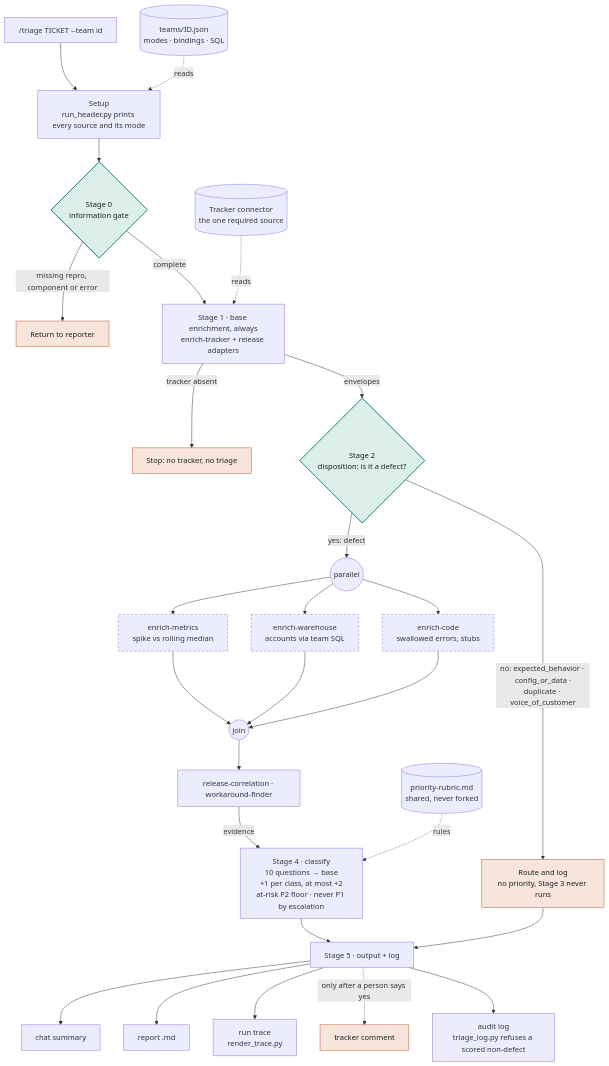
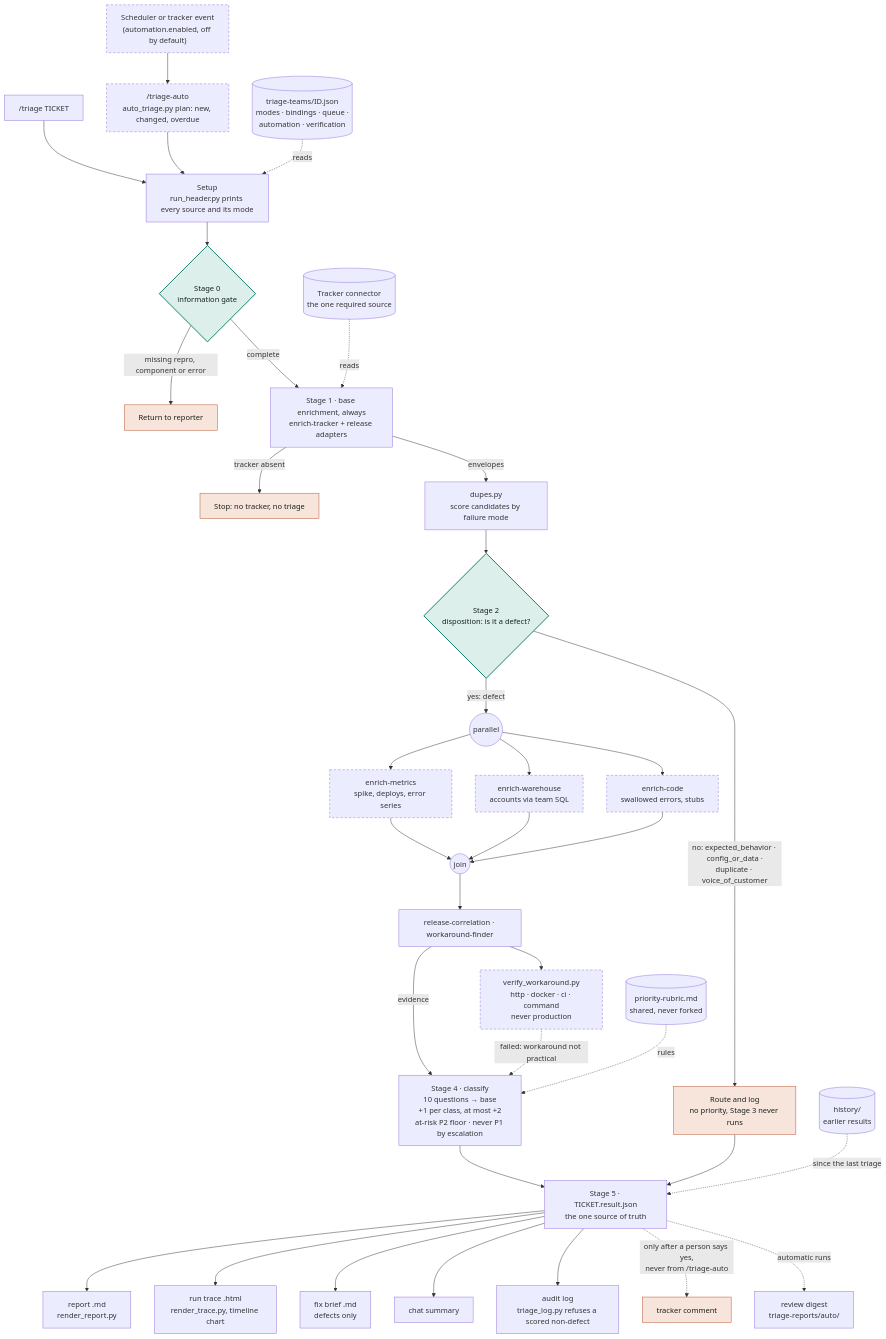
Before and after one commit to NjAIAgents/njagents: the first of 3 diagrams in operations/bug-triage-agent/docs/02-architecture.md, drawn with Mermaid. The commit also changed other lines of this file and 7 other files, not shown here.

First line of the commit message:
bug-triage-agent docs: architecture and feedback-loop diagrams, and every doc brought up to 0.7.0

````diff
--- a/operations/bug-triage-agent/docs/02-architecture.md
+++ b/operations/bug-triage-agent/docs/02-architecture.md
@@ -8,36 +8,44 @@
 ```mermaid
 flowchart TD
-  CMD["/triage TICKET --team id"] --> SET["Setup<br/>run_header.py prints every source and its mode"]
-  CFG[("teams/ID.json<br/>modes · bindings · SQL")] -. reads .-> SET
+  CMD["/triage TICKET"] --> SET
+  SCH["Scheduler or tracker event<br/>(automation.enabled, off by default)"] --> AUTO["/triage-auto<br/>auto_triage.py plan: new, changed, overdue"]
+  AUTO --> SET["Setup<br/>run_header.py prints every source and its mode"]
+  CFG[("triage-teams/ID.json<br/>modes · bindings · queue ·<br/>automation · verification")] -. reads .-> SET
   SET --> G0{"Stage 0<br/>information gate"}
   G0 -- "missing repro, component or error" --> X0["Return to reporter"]
   G0 -- complete --> S1["Stage 1 · base enrichment, always<br/>enrich-tracker + release adapters"]
   TR[("Tracker connector<br/>the one required source")] -. reads .-> S1
   S1 -- "tracker absent" --> X1["Stop: no tracker, no triage"]
-  S1 -- envelopes --> D{"Stage 2<br/>disposition: is it a defect?"}
+  S1 -- envelopes --> DUP["dupes.py<br/>score candidates by failure mode"]
+  DUP --> D{"Stage 2<br/>disposition: is it a defect?"}
   D -- "no: expected_behavior · config_or_data ·<br/>duplicate · voice_of_customer" --> ND["Route and log<br/>no priority, Stage 3 never runs"]
   D -- "yes: defect" --> F(("parallel"))
-  F --> M["enrich-metrics<br/>spike vs rolling median"]
+  F --> M["enrich-metrics<br/>spike, deploys, error series"]
   F --> W["enrich-warehouse<br/>accounts via team SQL"]
   F --> K["enrich-code<br/>swallowed errors, stubs"]
   M --> J(("join"))
   W --> J
   K --> J
   J --> RW["release-correlation · workaround-finder"]
+  RW --> VER["verify_workaround.py<br/>http · docker · ci · command<br/>never production"]
   RW -- evidence --> S4["Stage 4 · classify<br/>10 questions → base<br/>+1 per class, at most +2<br/>at-risk P2 floor · never P1 by escalation"]
+  VER -. "failed: workaround not practical" .-> S4
   RB[("priority-rubric.md<br/>shared, never forked")] -. rules .-> S4
-  S4 --> OUT["Stage 5 · output + log"]
-  ND --> OUT
-  OUT --> O1["chat summary"]
-  OUT --> O2["report .md"]
-  OUT --> O3["run trace<br/>render_trace.py"]
-  OUT -. "only after a person says yes" .-> O4["tracker comment"]
-  OUT --> O5["audit log<br/>triage_log.py refuses a scored non-defect"]
+  S4 --> RES["Stage 5 · TICKET.result.json<br/>the one source of truth"]
+  ND --> RES
+  HIST[("history/<br/>earlier results")] -. "since the last triage" .-> RES
+  RES --> O2["report .md<br/>render_report.py"]
+  RES --> O3["run trace .html<br/>render_trace.py, timeline chart"]
+  RES --> O6["fix brief .md<br/>defects only"]
+  RES --> O1["chat summary"]
+  RES --> O5["audit log<br/>triage_log.py refuses a scored non-defect"]
+  RES -. "only after a person says yes,<br/>never from /triage-auto" .-> O4["tracker comment"]
+  RES -. "automatic runs" .-> DIG["review digest<br/>triage-reports/auto/"]
 
   classDef gate fill:#DCEFEA,stroke:#0B7A69,stroke-width:2px,color:#17201C
   classDef stop fill:#F7E5DC,stroke:#B4502A,color:#17201C
   classDef cond stroke-dasharray:5 4
   class D,G0 gate
   class X0,X1,ND,O4 stop
-  class M,W,K cond
+  class M,W,K,VER,AUTO,SCH cond
 ```
````
